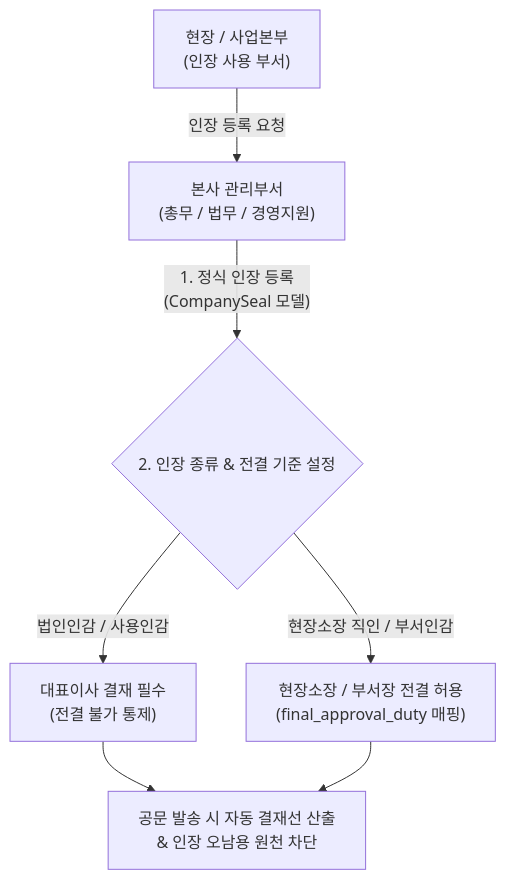
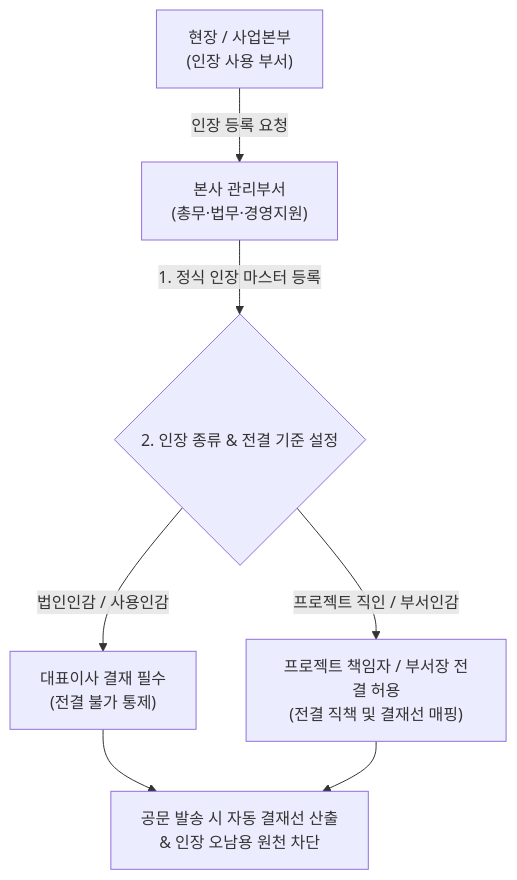
The diagram in app/vue/docs/authority/company-seal.md (nc2U/ibs), drawn with Mermaid before and after one commit. The commit also changed other lines of this file and 8 other files, not shown here.

````diff
--- a/app/vue/docs/authority/company-seal.md
+++ b/app/vue/docs/authority/company-seal.md
@@ -14,8 +19,8 @@
 ```mermaid
 flowchart TD
-    A["현장 / 사업본부<br>(인장 사용 부서)"] -->|인장 등록 요청| B["본사 관리부서<br>(총무 / 법무 / 경영지원)"]
-    B -->|"1. 정식 인장 등록<br>(CompanySeal 모델)"| C{"2. 인장 종류 & 전결 기준 설정"}
-    C -- "법인인감 / 사용인감" --> D["대표이사 결재 필수<br>(전결 불가 통제)"]
-    C -- "현장소장 직인 / 부서인감" --> E["현장소장 / 부서장 전결 허용<br>(final_approval_duty 매핑)"]
-    D & E --> F["공문 발송 시 자동 결재선 산출<br>& 인장 오남용 원천 차단"]
+    A["현장 / 사업본부<br/>(인장 사용 부서)"] -->|인장 등록 요청| B["본사 관리부서<br/>(총무·법무·경영지원)"]
+    B -->|1. 정식 인장 마스터 등록| C{"2. 인장 종류 & 전결 기준 설정"}
+    C -- "법인인감 / 사용인감" --> D["대표이사 결재 필수<br/>(전결 불가 통제)"]
+    C -- "프로젝트 직인 / 부서인감" --> E["프로젝트 책임자 / 부서장 전결 허용<br/>(전결 직책 및 결재선 매핑)"]
+    D & E --> F["공문 발송 시 자동 결재선 산출<br/>& 인장 오남용 원천 차단"]
 ```
````
